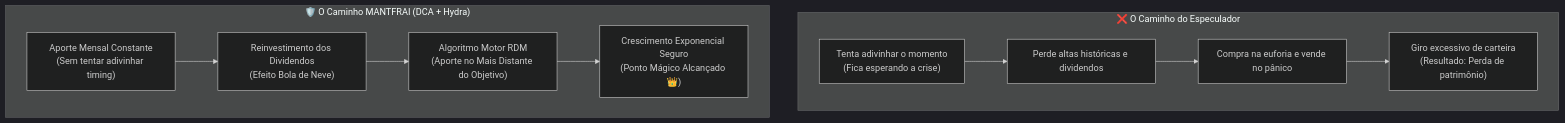
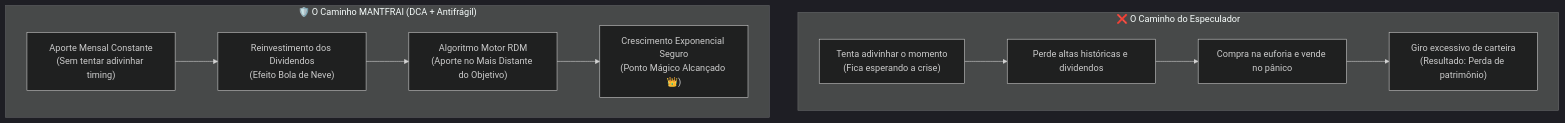
The diagram in src/data/academy/lessons/modulo-1/aula-1-3.md (Rickss100/Davi-Hidra), drawn with Mermaid (dark theme) before and after one commit. The commit also changed 22 other files, not shown here.

````diff
--- a/src/data/academy/lessons/modulo-1/aula-1-3.md
+++ b/src/data/academy/lessons/modulo-1/aula-1-3.md
@@ -111,14 +111,14 @@
 ```mermaid
 flowchart TD
     subgraph Especulador["❌ O Caminho do Especulador"]
         A1["Tenta adivinhar o momento<br/>(Fica esperando a crise)"] --> A2["Perde altas históricas e dividendos"]
         A2 --> A3["Compra na euforia e vende no pânico"]
         A3 --> A4["Giro excessivo de carteira<br/>(Resultado: Perda de patrimônio)"]
     end
 
-    subgraph InvestidorNorte["🛡️ O Caminho MANTFRAI (DCA + Hydra)"]
+    subgraph InvestidorNorte["🛡️ O Caminho MANTFRAI (DCA + Antifrágil)"]
         B1["Aporte Mensal Constante<br/>(Sem tentar adivinhar timing)"] --> B2["Reinvestimento dos Dividendos<br/>(Efeito Bola de Neve)"]
         B2 --> B3["Algoritmo Motor RDM<br/>(Aporte no Mais Distante do Objetivo)"]
         B3 --> B4["Crescimento Exponencial Seguro<br/>(Ponto Mágico Alcançado 👑)"]
     end
 ```
````
